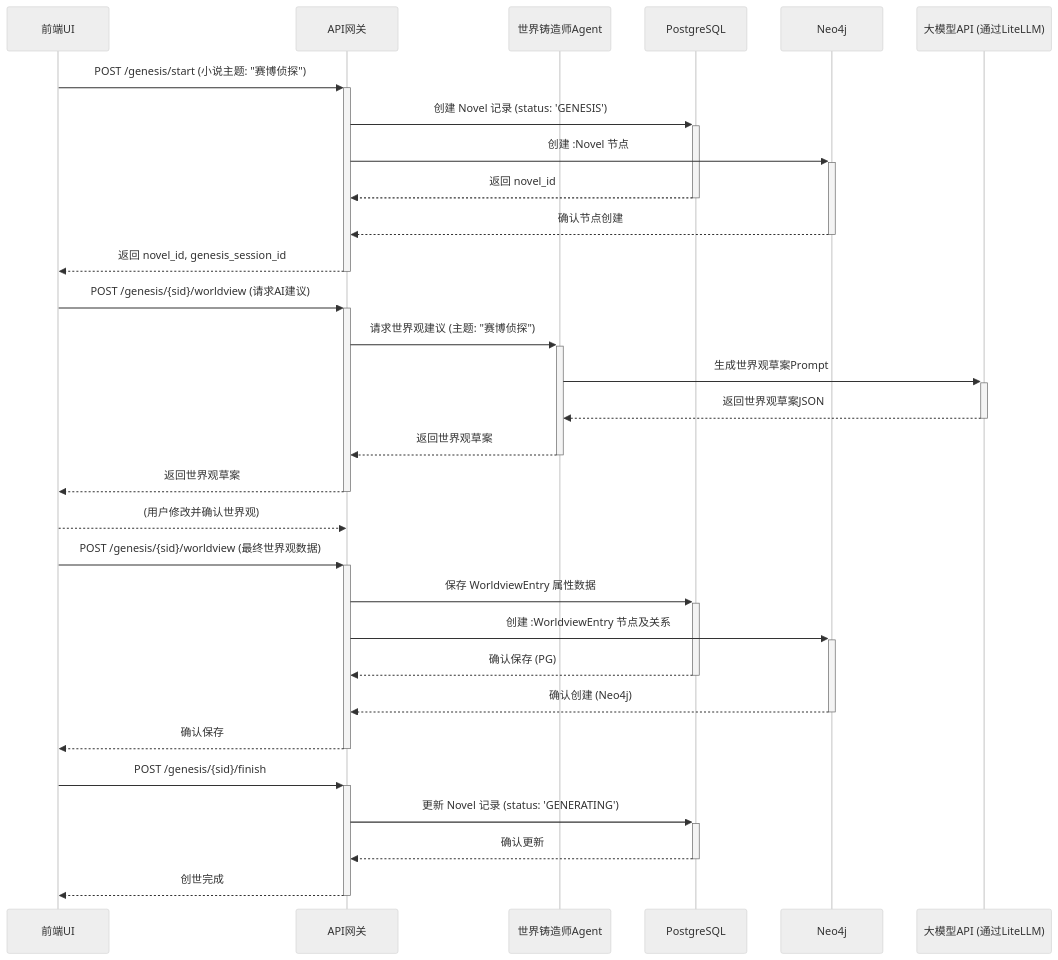
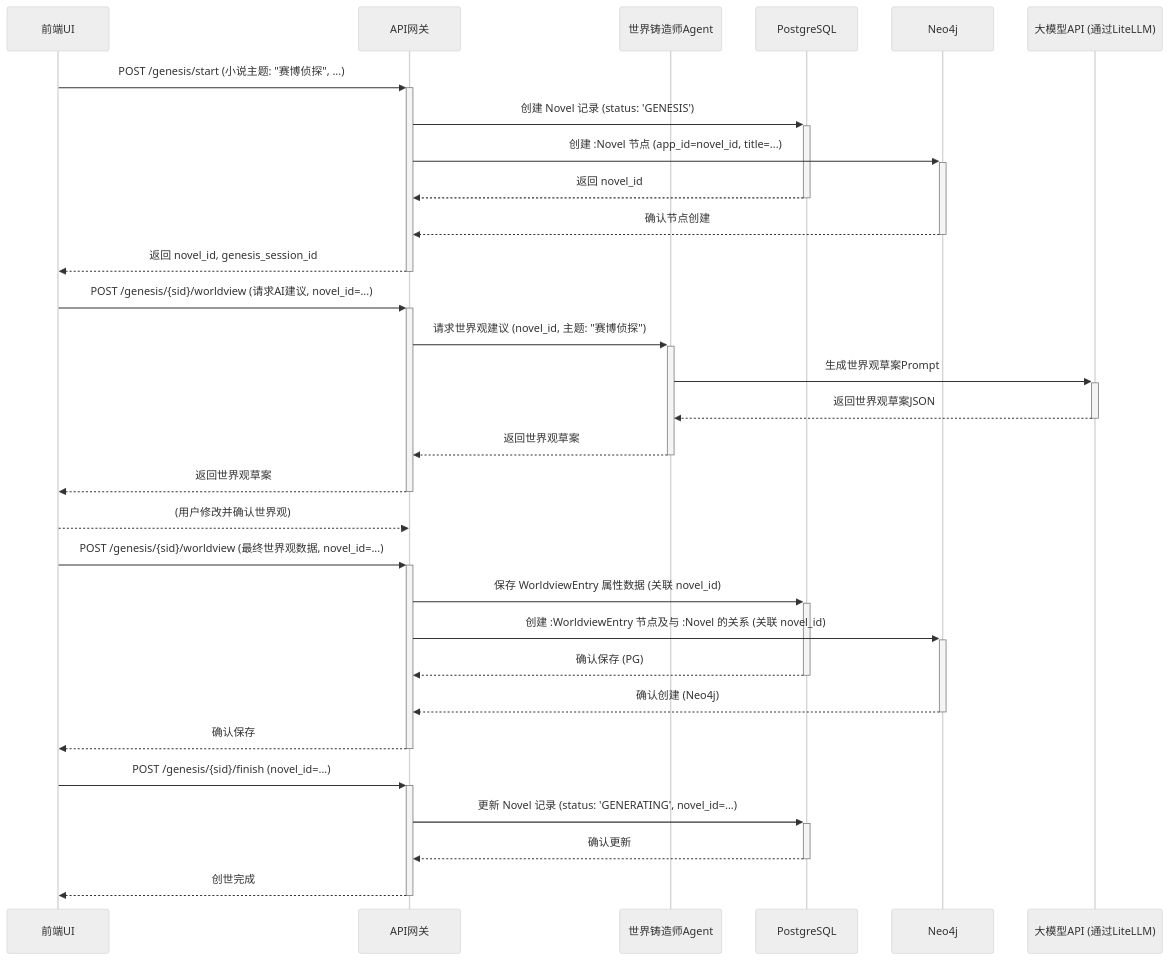
One commit to zhiyue/infinite-scribe changed the third of 5 diagrams in docs/architecture2.md. Above: the diagram before and after it, drawn with Mermaid (neutral theme). The commit also changed other lines of this file, not shown here.

First line of the commit message:
Update architecture documentation for InfiniteScribe project

````diff
--- a/docs/architecture2.md
+++ b/docs/architecture2.md
@@ -453,38 +459,38 @@
 ```mermaid
 sequenceDiagram
     participant UI as 前端UI
     participant APIGW as API网关
     participant WS_Agent as 世界铸造师Agent
     participant PG_DB as PostgreSQL
     participant N4J_DB as Neo4j
     participant LLM as 大模型API (通过LiteLLM)
 
-    UI->>+APIGW: POST /genesis/start (小说主题: "赛博侦探")
+    UI->>+APIGW: POST /genesis/start (小说主题: "赛博侦探", ...)
     APIGW->>+PG_DB: 创建 Novel 记录 (status: 'GENESIS')
-    APIGW->>+N4J_DB: 创建 :Novel 节点
+    APIGW->>+N4J_DB: 创建 :Novel 节点 (app_id=novel_id, title=...)
     PG_DB-->>-APIGW: 返回 novel_id
     N4J_DB-->>-APIGW: 确认节点创建
     APIGW-->>-UI: 返回 novel_id, genesis_session_id
 
-    UI->>+APIGW: POST /genesis/{sid}/worldview (请求AI建议)
-    APIGW->>+WS_Agent: 请求世界观建议 (主题: "赛博侦探")
+    UI->>+APIGW: POST /genesis/{sid}/worldview (请求AI建议, novel_id=...)
+    APIGW->>+WS_Agent: 请求世界观建议 (novel_id, 主题: "赛博侦探")
     WS_Agent->>+LLM: 生成世界观草案Prompt
     LLM-->>-WS_Agent: 返回世界观草案JSON
     WS_Agent-->>-APIGW: 返回世界观草案
     APIGW-->>-UI: 返回世界观草案
 
     UI-->>APIGW: (用户修改并确认世界观)
-    UI->>+APIGW: POST /genesis/{sid}/worldview (最终世界观数据)
-    APIGW->>+PG_DB: 保存 WorldviewEntry 属性数据
-    APIGW->>+N4J_DB: 创建 :WorldviewEntry 节点及关系
+    UI->>+APIGW: POST /genesis/{sid}/worldview (最终世界观数据, novel_id=...)
+    APIGW->>+PG_DB: 保存 WorldviewEntry 属性数据 (关联 novel_id)
+    APIGW->>+N4J_DB: 创建 :WorldviewEntry 节点及与 :Novel 的关系 (关联 novel_id)
     PG_DB-->>-APIGW: 确认保存 (PG)
     N4J_DB-->>-APIGW: 确认创建 (Neo4j)
     APIGW-->>-UI: 确认保存
 
-    %% ... 角色设定和初始剧情流程类似 ...
+    %% ... 角色设定和初始剧情流程类似，所有操作都带 novel_id ...
 
-    UI->>+APIGW: POST /genesis/{sid}/finish
-    APIGW->>+PG_DB: 更新 Novel 记录 (status: 'GENERATING')
+    UI->>+APIGW: POST /genesis/{sid}/finish (novel_id=...)
+    APIGW->>+PG_DB: 更新 Novel 记录 (status: 'GENERATING', novel_id=...)
     PG_DB-->>-APIGW: 确认更新
     APIGW-->>-UI: 创世完成
 ```
````
